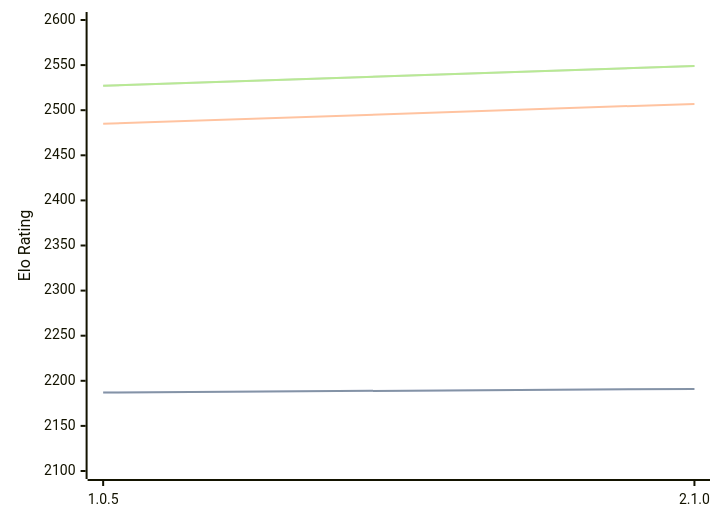
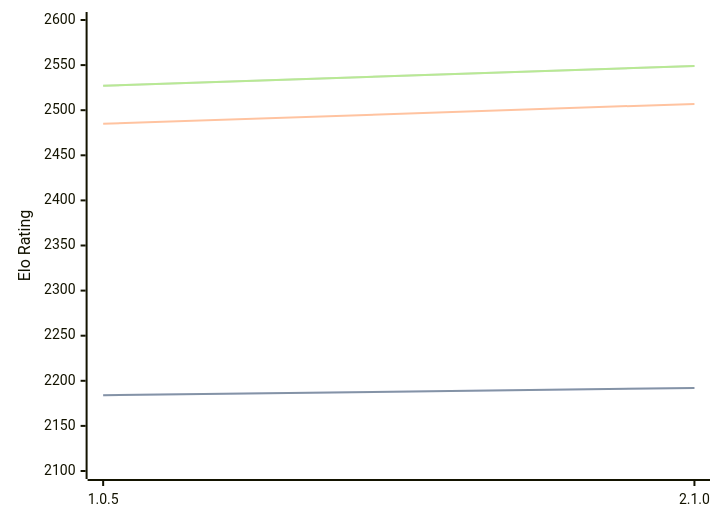
One commit to computer-chess-index/cci changed the diagram in engines/Ruffian.md. Above: the diagram before and after it, drawn with Mermaid. The commit also changed other lines of this file, not shown here.

````diff
--- a/engines/Ruffian.md
+++ b/engines/Ruffian.md
@@ -30,11 +30,11 @@
 ```mermaid
 %%{init: {"theme":"base","themeVariables":{"seriesColors:['#a3a3a3','#222221','#faa371']}}}%%
 xychart-beta
   x-axis ["1.0.5", "2.1.0"]
   y-axis "Elo Rating" 2100 --> 2600
-  line "STC (8.0+0.08s)" [2187, 2191]
-  line "STC (8.0+0.08s)" [2187, 2191]
+  line "STC (8.0+0.08s)" [2184, 2192]
+  line "STC (8.0+0.08s)" [2184, 2192]
   line "LTC (60.0+0.60s)" [2485, 2507]
   line "VLTC (2m24s+1.12s)" [2527, 2549]
   line "VLTC (2m24s+1.12s)" [2527, 2549]
 ```
````
